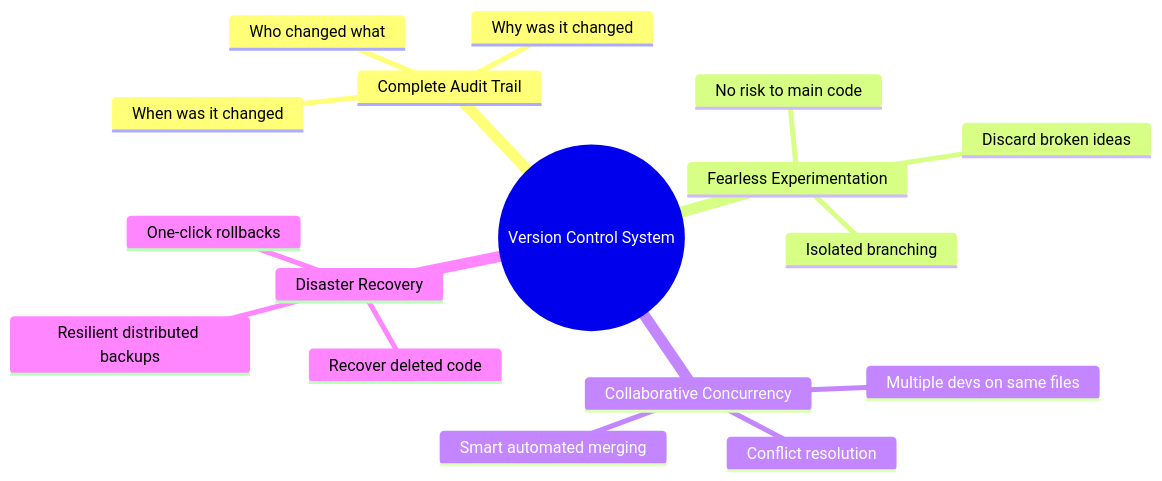
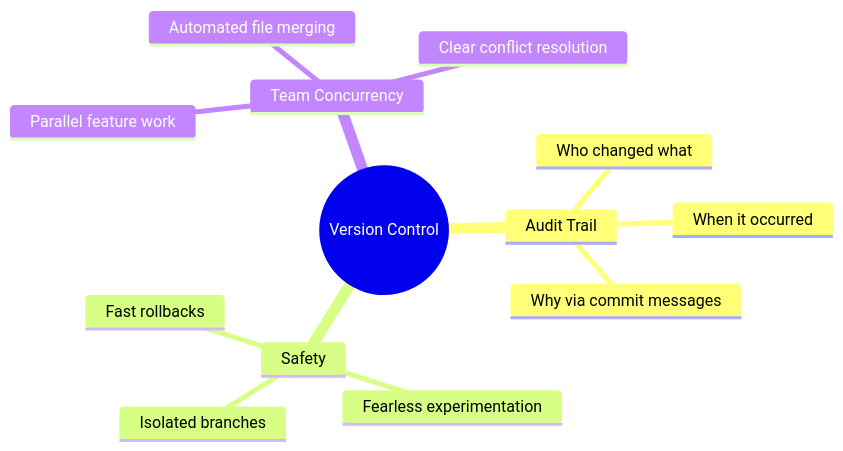
Before and after one commit to ArpitaSHiregoudar/git-reference-hub: the second of 6 diagrams in 01-git-fundamentals/01-what-is-version-control.md, drawn with Mermaid. The commit also changed other lines of this file and 1 other file, not shown here.

Commit message:
01-what-is-version-contorl

````diff
--- a/01-git-fundamentals/01-what-is-version-control.md
+++ b/01-git-fundamentals/01-what-is-version-control.md
@@ -72,20 +72,16 @@
 ```mermaid
 mindmap
-  root((Version Control System))
-    Complete Audit Trail
+  root((Version Control))
+    Audit Trail
       Who changed what
-      When was it changed
-      Why was it changed
-    Fearless Experimentation
-      Isolated branching
-      No risk to main code
-      Discard broken ideas
-    Collaborative Concurrency
-      Multiple devs on same files
-      Smart automated merging
-      Conflict resolution
-    Disaster Recovery
-      One-click rollbacks
-      Recover deleted code
-      Resilient distributed backups
+      When it occurred
+      Why via commit messages
+    Safety
+      Isolated branches
+      Fearless experimentation
+      Fast rollbacks
+    Team Concurrency
+      Parallel feature work
+      Automated file merging
+      Clear conflict resolution
 ```
````
